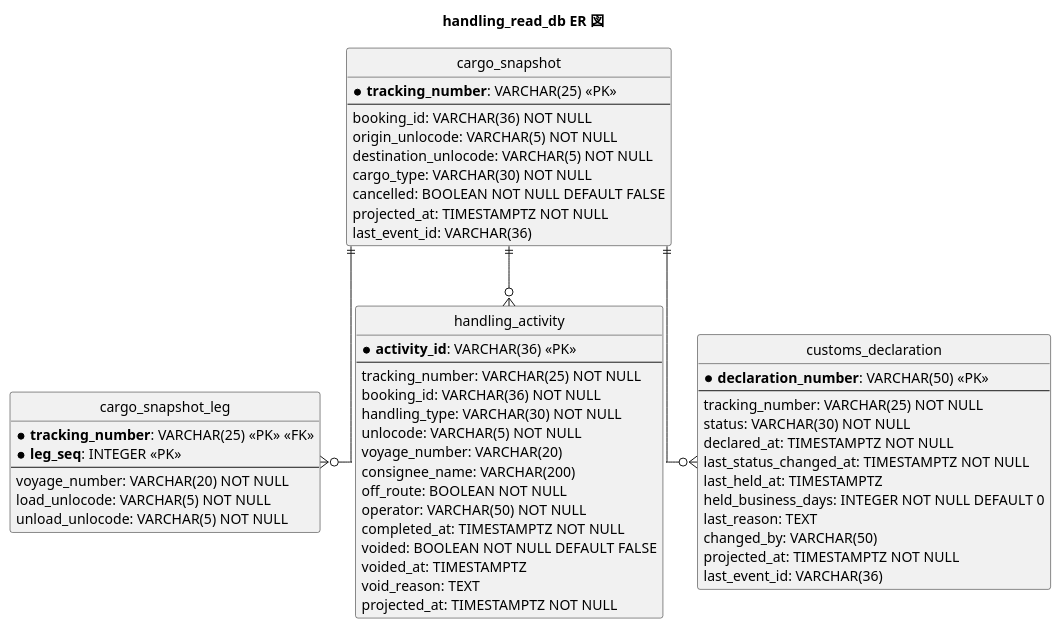
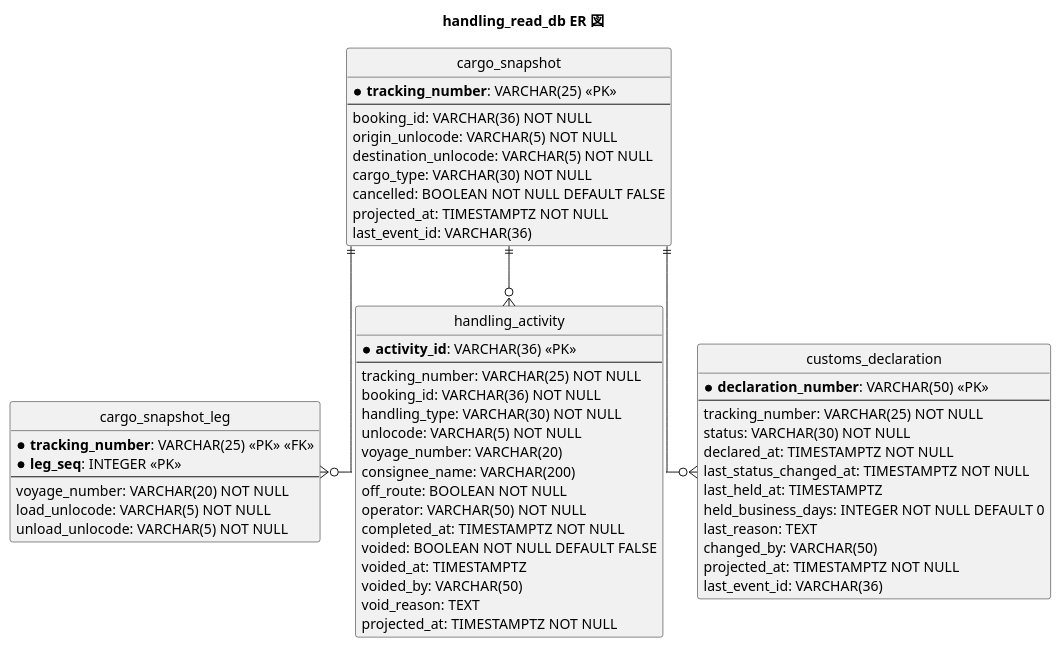
Before and after one commit to k2works/case-study-cargo-tracker: the seventh of 10 diagrams in docs/design/cargo-tracker/data-model.md, drawn with PlantUML. The commit also changed other lines of this file and 3 other files, not shown here.

````diff
--- a/docs/design/cargo-tracker/data-model.md
+++ b/docs/design/cargo-tracker/data-model.md
@@ -579,66 +579,67 @@
 ```plantuml
 @startuml
 title handling_read_db ER 図
 
 hide circle
 skinparam linetype ortho
 
 entity "cargo_snapshot" as cs {
   * **tracking_number**: VARCHAR(25) <<PK>>
   --
   booking_id: VARCHAR(36) NOT NULL
   origin_unlocode: VARCHAR(5) NOT NULL
   destination_unlocode: VARCHAR(5) NOT NULL
   cargo_type: VARCHAR(30) NOT NULL
   cancelled: BOOLEAN NOT NULL DEFAULT FALSE
   projected_at: TIMESTAMPTZ NOT NULL
   last_event_id: VARCHAR(36)
 }
 
 entity "cargo_snapshot_leg" as csl {
   * **tracking_number**: VARCHAR(25) <<PK>> <<FK>>
   * **leg_seq**: INTEGER <<PK>>
   --
   voyage_number: VARCHAR(20) NOT NULL
   load_unlocode: VARCHAR(5) NOT NULL
   unload_unlocode: VARCHAR(5) NOT NULL
 }
 
 entity "handling_activity" as ha {
   * **activity_id**: VARCHAR(36) <<PK>>
   --
   tracking_number: VARCHAR(25) NOT NULL
   booking_id: VARCHAR(36) NOT NULL
   handling_type: VARCHAR(30) NOT NULL
   unlocode: VARCHAR(5) NOT NULL
   voyage_number: VARCHAR(20)
   consignee_name: VARCHAR(200)
   off_route: BOOLEAN NOT NULL
   operator: VARCHAR(50) NOT NULL
   completed_at: TIMESTAMPTZ NOT NULL
   voided: BOOLEAN NOT NULL DEFAULT FALSE
   voided_at: TIMESTAMPTZ
+  voided_by: VARCHAR(50)
   void_reason: TEXT
   projected_at: TIMESTAMPTZ NOT NULL
 }
 
 entity "customs_declaration" as cd {
   * **declaration_number**: VARCHAR(50) <<PK>>
   --
   tracking_number: VARCHAR(25) NOT NULL
   status: VARCHAR(30) NOT NULL
   declared_at: TIMESTAMPTZ NOT NULL
   last_status_changed_at: TIMESTAMPTZ NOT NULL
   last_held_at: TIMESTAMPTZ
   held_business_days: INTEGER NOT NULL DEFAULT 0
   last_reason: TEXT
   changed_by: VARCHAR(50)
   projected_at: TIMESTAMPTZ NOT NULL
   last_event_id: VARCHAR(36)
 }
 
 cs ||--o{ csl
 cs ||--o{ ha
 cs ||--o{ cd
 @enduml
 ```
````
